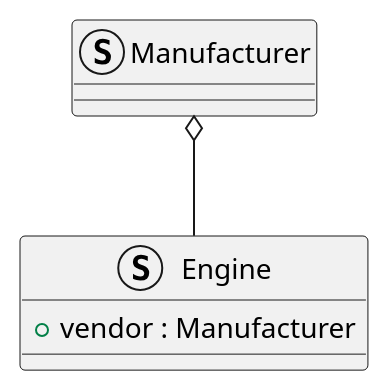
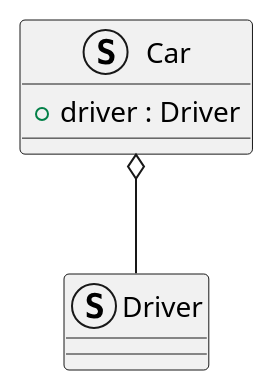
The diagram in validation/core/integration_test/class_design_implementation/negative_relationship_type_mismatch/class_diagram.puml (eclipse-score/tooling), drawn with PlantUML before and after one commit. The commit also changed 19 other files, not shown here.

First line of the commit message:
fix(plantuml): correct composition and aggregation direction

```diff
--- a/validation/core/integration_test/class_design_implementation/negative_relationship_type_mismatch/class_diagram.puml
+++ b/validation/core/integration_test/class_design_implementation/negative_relationship_type_mismatch/class_diagram.puml
@@ -14,11 +14,12 @@
 @startuml
 
-struct Manufacturer
+struct Driver
 
-struct Engine {
-    + vendor : Manufacturer
+struct Car {
+    + driver : Driver
 }
 
-Manufacturer o-- Engine
+' The driver is modeled as independently managed; the implementation intentionally differs.
+Car o-- Driver
 
 @enduml
```
